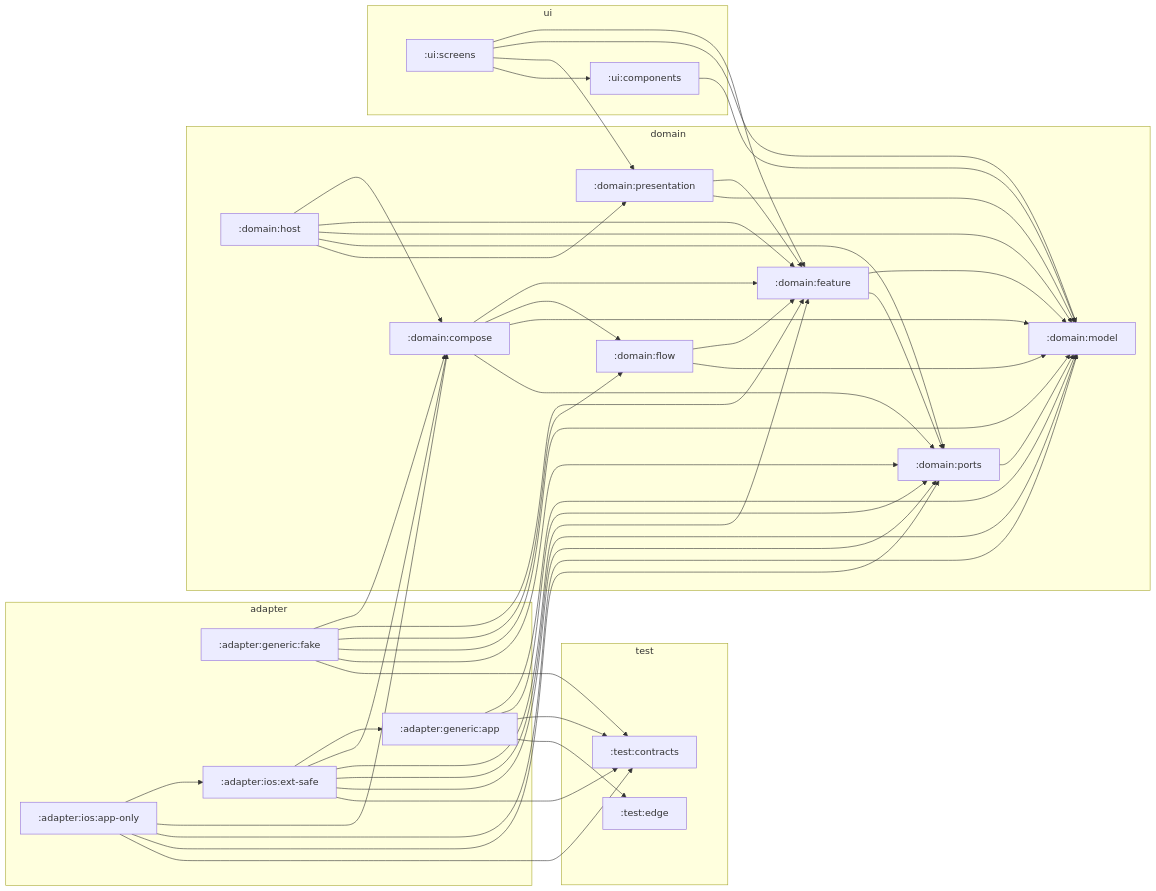
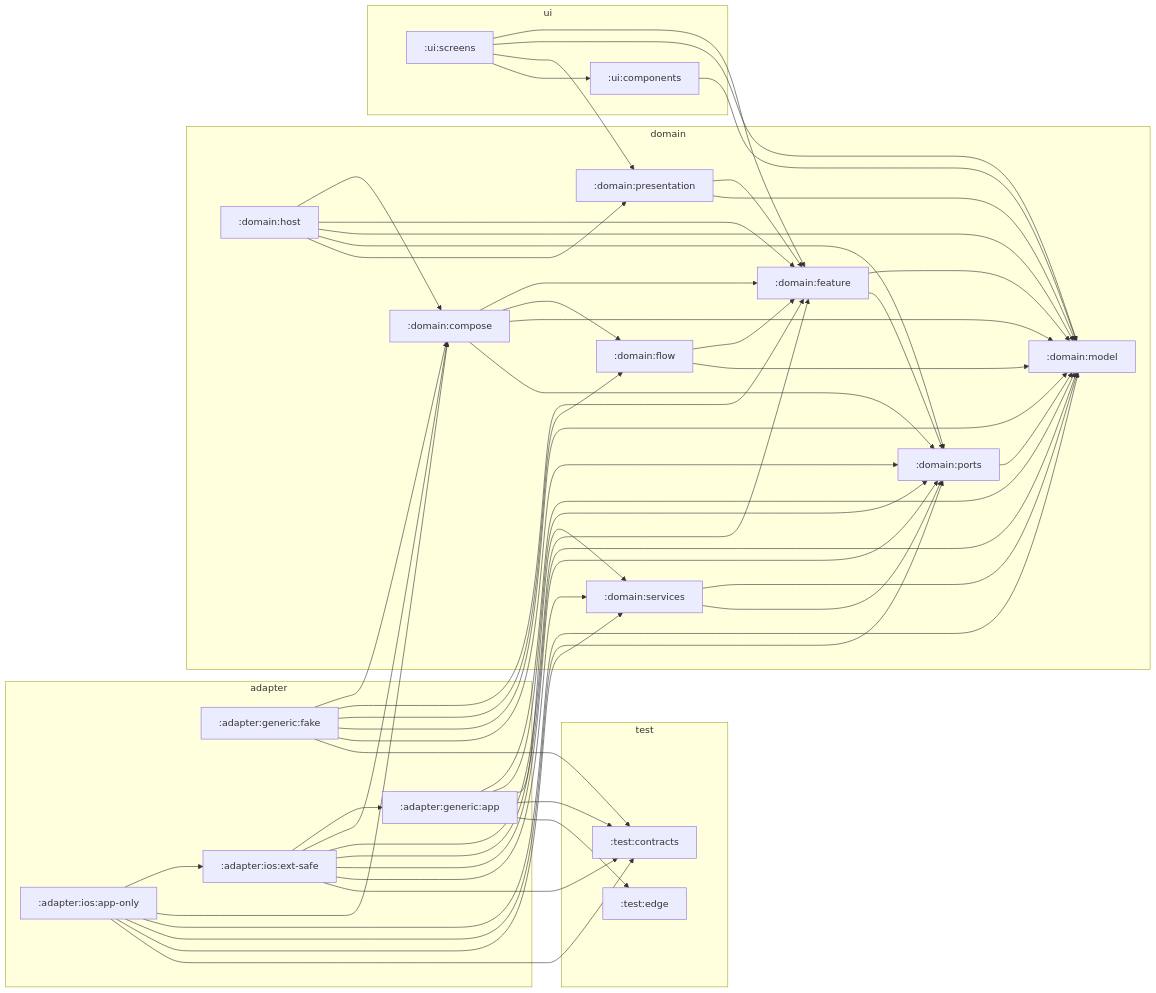
One commit to stefanhoelzl/SnapSync changed the diagram in architecture/zones.md. Above: the diagram before and after it, drawn with Mermaid. The commit also changed 95 other files, not shown here.

First line of the commit message:
internal(storage-ports): the services zone and the Databases port

````diff
--- a/architecture/zones.md
+++ b/architecture/zones.md
@@ -8,68 +8,74 @@
 ```mermaid
 flowchart LR
   subgraph adapter
     adapter_generic_app[":adapter:generic:app"]
     adapter_generic_fake[":adapter:generic:fake"]
     adapter_ios_app_only[":adapter:ios:app-only"]
     adapter_ios_ext_safe[":adapter:ios:ext-safe"]
   end
   subgraph domain
     domain_compose[":domain:compose"]
     domain_feature[":domain:feature"]
     domain_flow[":domain:flow"]
     domain_host[":domain:host"]
     domain_model[":domain:model"]
     domain_ports[":domain:ports"]
     domain_presentation[":domain:presentation"]
+    domain_services[":domain:services"]
   end
   subgraph test
     test_contracts[":test:contracts"]
     test_edge[":test:edge"]
   end
   subgraph ui
     ui_components[":ui:components"]
     ui_screens[":ui:screens"]
   end
   adapter_generic_app --> domain_model
   adapter_generic_app --> domain_ports
+  adapter_generic_app --> domain_services
   adapter_generic_app --> test_contracts
   adapter_generic_app --> test_edge
   adapter_generic_fake --> domain_compose
   adapter_generic_fake --> domain_feature
   adapter_generic_fake --> domain_flow
   adapter_generic_fake --> domain_model
   adapter_generic_fake --> domain_ports
   adapter_generic_fake --> test_contracts
   adapter_ios_app_only --> adapter_ios_ext_safe
   adapter_ios_app_only --> domain_compose
   adapter_ios_app_only --> domain_model
   adapter_ios_app_only --> domain_ports
+  adapter_ios_app_only --> domain_services
   adapter_ios_app_only --> test_contracts
   adapter_ios_ext_safe --> adapter_generic_app
   adapter_ios_ext_safe --> domain_compose
   adapter_ios_ext_safe --> domain_feature
   adapter_ios_ext_safe --> domain_model
   adapter_ios_ext_safe --> domain_ports
+  adapter_ios_ext_safe --> domain_services
   adapter_ios_ext_safe --> test_contracts
   domain_compose --> domain_feature
   domain_compose --> domain_flow
   domain_compose --> domain_model
   domain_compose --> domain_ports
   domain_feature --> domain_model
   domain_feature --> domain_ports
   domain_flow --> domain_feature
   domain_flow --> domain_model
   domain_host --> domain_compose
   domain_host --> domain_feature
   domain_host --> domain_model
   domain_host --> domain_ports
   domain_host --> domain_presentation
   domain_ports --> domain_model
   domain_presentation --> domain_feature
   domain_presentation --> domain_model
+  domain_services --> domain_model
+  domain_services --> domain_ports
   ui_components --> domain_model
   ui_screens --> domain_feature
   ui_screens --> domain_model
   ui_screens --> domain_presentation
   ui_screens --> ui_components
 ```
````
